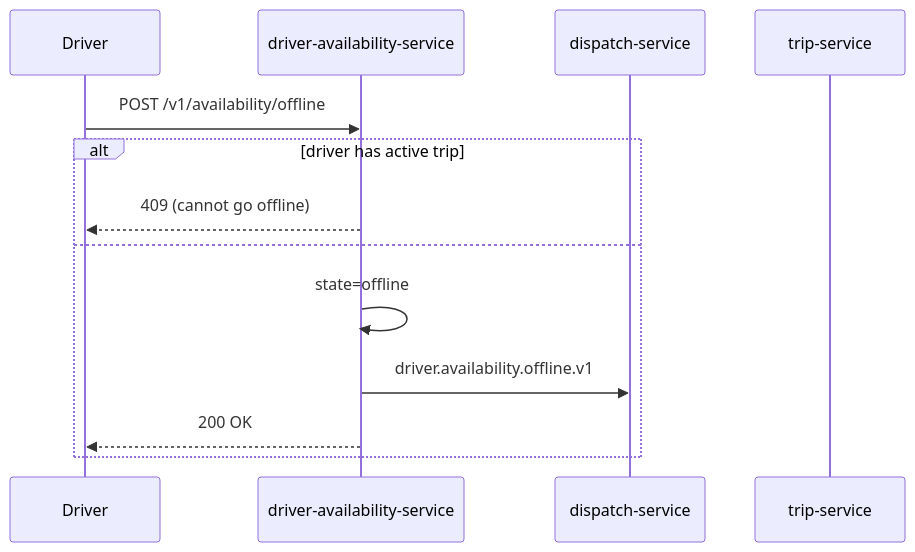
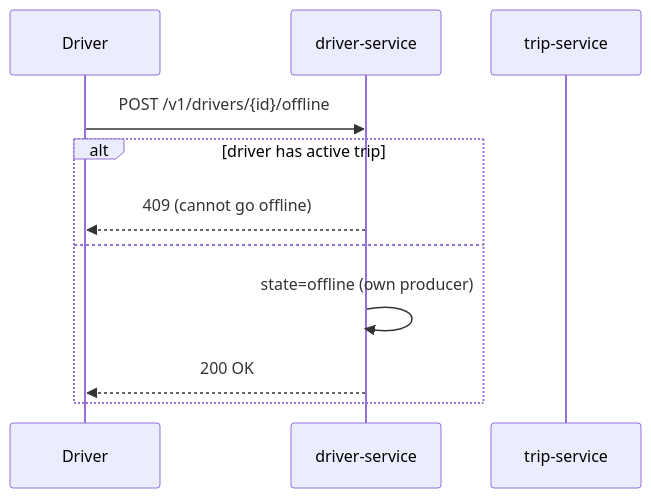
One commit to mohamedhabibwork/trips-enjoy-docs changed the fourth of 10 diagrams in docs/workflows/DRIVER_WORKFLOWS.md. Above: the diagram before and after it, drawn with Mermaid. The commit also changed other lines of this file and 525 other files, not shown here.

````diff
--- a/docs/workflows/DRIVER_WORKFLOWS.md
+++ b/docs/workflows/DRIVER_WORKFLOWS.md
@@ -86,16 +87,14 @@
 ```mermaid
 sequenceDiagram
     participant DR as Driver
-    participant DA as driver-availability-service
-    participant DSP as dispatch-service
+    participant DRV as driver-service
     participant TR as trip-service
 
-    DR->>DA: POST /v1/availability/offline
+    DR->>DRV: POST /v1/drivers/{id}/offline
     alt driver has active trip
-        DA-->>DR: 409 (cannot go offline)
+        DRV-->>DR: 409 (cannot go offline)
     else
-        DA->>DA: state=offline
-        DA->>DSP: driver.availability.offline.v1
-        DA-->>DR: 200 OK
+        DRV->>DRV: state=offline (own producer)
+        DRV-->>DR: 200 OK
     end
 ```
````
